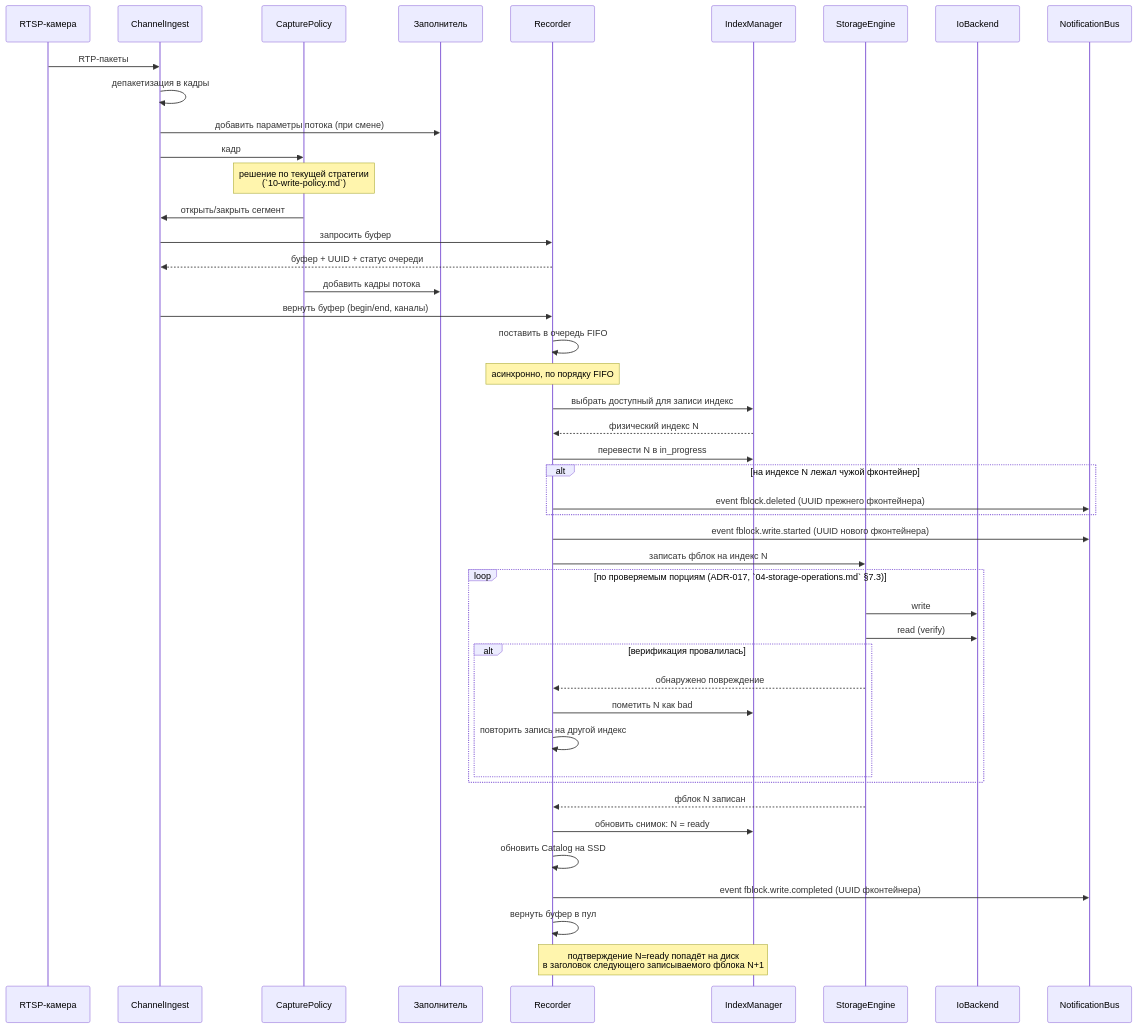
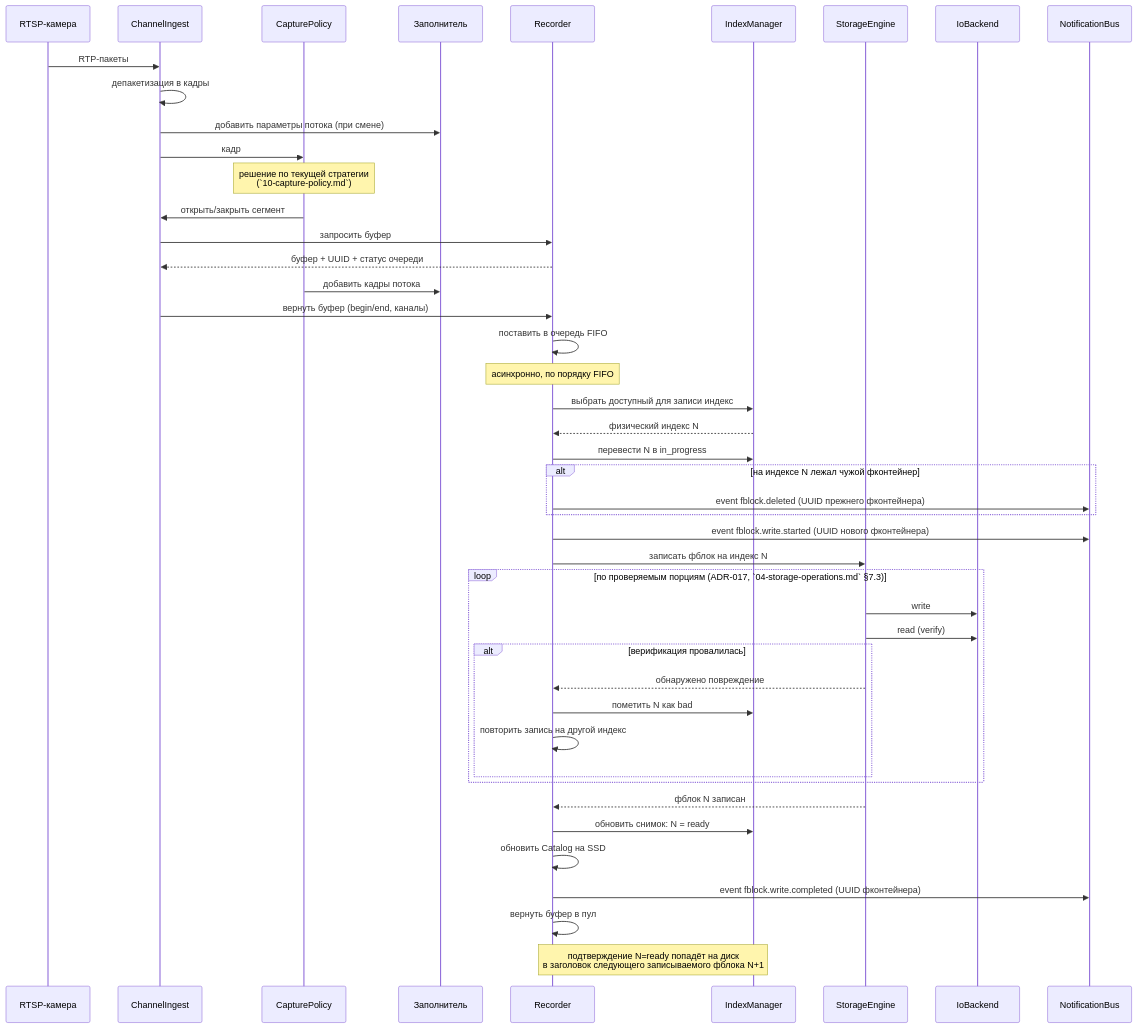
The third of 7 diagrams in docs/docs/archive/11-service-composition.md (traycers/farc), drawn with Mermaid before and after one commit. The commit also changed other lines of this file and 2 other files, not shown here.

````diff
--- a/docs/docs/archive/11-service-composition.md
+++ b/docs/docs/archive/11-service-composition.md
@@ -284,52 +284,52 @@
 ```mermaid
 sequenceDiagram
     participant Cam as RTSP-камера
     participant CI as ChannelIngest
     participant CP as CapturePolicy
     participant Fill as Заполнитель
     participant R as Recorder
     participant IM as IndexManager
     participant SE as StorageEngine
     participant IO as IoBackend
     participant NB as NotificationBus
 
     Cam->>CI: RTP-пакеты
     CI->>CI: депакетизация в кадры
     CI->>Fill: добавить параметры потока (при смене)
     CI->>CP: кадр
-    Note over CP: решение по текущей стратегии<br/>(`10-write-policy.md`)
+    Note over CP: решение по текущей стратегии<br/>(`10-capture-policy.md`)
     CP->>CI: открыть/закрыть сегмент
     CI->>R: запросить буфер
     R-->>CI: буфер + UUID + статус очереди
     CP->>Fill: добавить кадры потока
     CI->>R: вернуть буфер (begin/end, каналы)
     R->>R: поставить в очередь FIFO
 
     Note over R: асинхронно, по порядку FIFO
     R->>IM: выбрать доступный для записи индекс
     IM-->>R: физический индекс N
     R->>IM: перевести N в in_progress
     alt на индексе N лежал чужой фконтейнер
         R->>NB: event fblock.deleted (UUID прежнего фконтейнера)
     end
     R->>NB: event fblock.write.started (UUID нового фконтейнера)
     R->>SE: записать фблок на индекс N
 
     loop по проверяемым порциям (ADR-017, `04-storage-operations.md` §7.3)
         SE->>IO: write
         SE->>IO: read (verify)
         alt верификация провалилась
             SE-->>R: обнаружено повреждение
             R->>IM: пометить N как bad
             R->>R: повторить запись на другой индекс
         end
     end
 
     SE-->>R: фблок N записан
     R->>IM: обновить снимок: N = ready
     R->>R: обновить Catalog на SSD
     R->>NB: event fblock.write.completed (UUID фконтейнера)
     R->>R: вернуть буфер в пул
 
     Note over R,IM: подтверждение N=ready попадёт на диск<br/>в заголовок следующего записываемого фблока N+1
 ```
````
